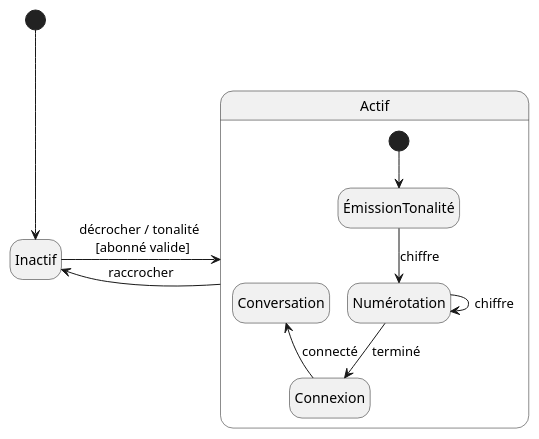
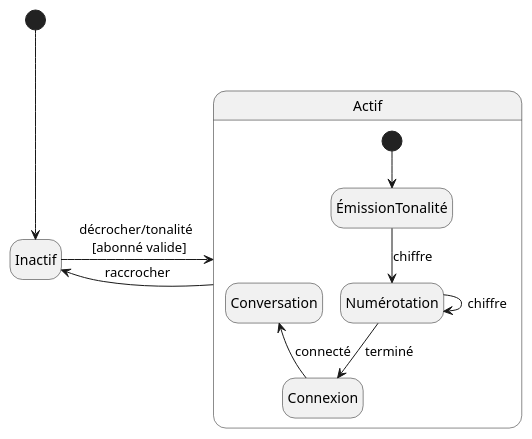
Before and after one commit to fuhrmanator/log210-ndc-quarto: the diagram in DiagrammesEtats.qmd, drawn with PlantUML. The commit also changed other lines of this file, not shown here.

```diff
--- a/DiagrammesEtats.qmd
+++ b/DiagrammesEtats.qmd
@@ -27,16 +27,16 @@
 @startuml
 skinparam style strictuml
 skinparam backgroundcolor transparent
 skinparam DefaultTextAlignment center
 hide empty description
 [*] --> Inactif
-Inactif -> Actif : décrocher / tonalité \n [abonné valide]
+Inactif -> Actif : décrocher/tonalité \n [abonné valide]
 Actif -> Inactif : raccrocher
 state Actif {
 [*] --> ÉmissionTonalité
 ÉmissionTonalité --> Numérotation : chiffre
 Numérotation --> Connexion: terminé
 Numérotation --> Numérotation : chiffre
 Connexion -u-> Conversation : connecté
 }
 @enduml
```
